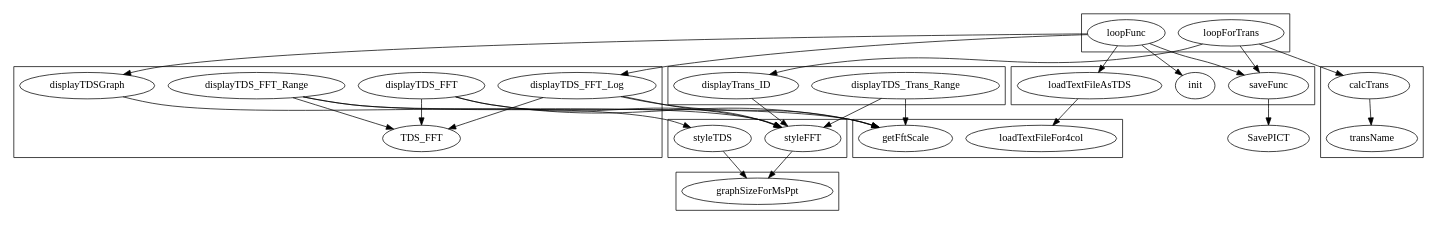
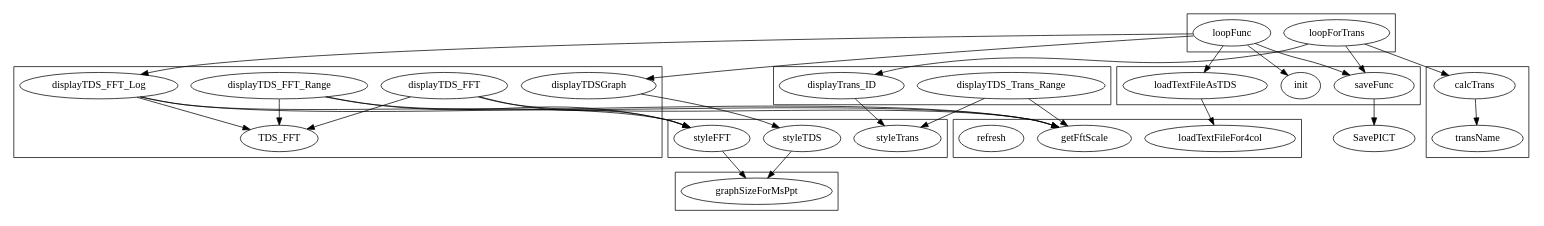
The diagram in doc/img/function_dependence.dot (KasHir/IGOR_functions), drawn with Graphviz before and after one commit. The commit also changed 1 other file, not shown here.

```diff
--- a/doc/img/function_dependence.dot
+++ b/doc/img/function_dependence.dot
@@ -1,172 +1,174 @@
 // function dependance
 
 digraph function{
 	//subgraph cluster_IgorStandardFunction{
 	/*	LoadWave
 		Rename
 		CheckName
 		DimSize
 		round
 		SavePICT
 		Display
 		SetScale
 		SetAxis
 		ModifyGraph
 		log
 		DelayUpdate
 		Make
 		FFT
 	*/
 	//}
 	///////////////////////////////////////
 	// loop Functions
 	///////////////////////////////////////
 	subgraph cluster_loop{
 		loopFunc
 		loopForTrans
 	}
 
 	loopFunc -> {
 		init
 		loadTextFileAsTDS
 		displayTDSGraph
 		saveFunc
 		displayTDS_FFT_Log
 	}
 
 	loopForTrans -> {
 		calcTrans
 		displayTrans_ID
 		saveFunc
 	}
 
 	///////////////////////////////////////
 	// Public Functions
 	///////////////////////////////////////
 	subgraph cluster_PublicFunctions{
 		saveFunc
 		init
 		loadTextFileAsTDS
 	}
 	subgraph cluster_displayFunctions{
 		// for Display
 		displayTDSGraph
 		displayTDS_FFT
 		displayTDS_FFT_Range
 		displayTDS_FFT_Log
 
 		TDS_FFT
 	}
 	subgraph cluster_displayTransFunctions{
 		displayTDS_Trans_Range
 		displayTrans_ID
 	}
 	subgraph cluster_tmp{
 		transName
 
 		calcTrans
 
 	}
 	saveFunc -> SavePICT
 	loadTextFileAsTDS -> {
 		loadTextFileFor4col
 		// init
 	}
 
 	// for display /////////////////////
 	displayTDSGraph -> {
 	//	Display
 		styleTDS
 	}
 	displayTDS_FFT -> {
 		TDS_FFT
 	//	Display
 		styleFFT
 		getFftScale
 	//	SetScale
 	}
 	displayTDS_FFT_Range -> {
 		TDS_FFT
 	//	Display
 		styleFFT
 		getFftScale
 	//	SetScale
 	//	SetAxis
 	}
 	displayTDS_FFT_Log -> {
 		TDS_FFT
 	//	Display
 		styleFFT
 		getFftScale
 	//	SetScale
 	//	SetAxis
 	//	ModifyGraph
 	//	log
 	//	DelayUpdate
 	}
 	///////////////////
 	TDS_FFT -> {
 	//	FFT
 	//	DelayUpdate
 	}
 
 	displayTDS_Trans_Range -> {
 	//	Display
-		styleFFT
+		styleTrans
 		getFftScale
 	//	SetScale
 	//	SetAxis
 	}
 
 	calcTrans -> {
 	//	DimSize
 	//	Make
 		transName
 	//	Rename
 	}
 
 	displayTrans_ID -> {
 	//	Display
-		styleFFT
+		styleTrans
 	//	SetScale
 	//	DimSize
 	//	SetAxis
 	}
 
 
 
 	///////////////////////////////////////
 	// Graph Style
 	///////////////////////////////////////
 	subgraph cluster_GraphStyle{
 		styleFFT
 		styleTDS
+		styleTrans
 	}
 
 	subgraph cluster_GraphStylePrivate{
 		graphSizeForMsPpt
 	}
 
 	styleFFT -> graphSizeForMsPpt
 	styleTDS -> graphSizeForMsPpt
 
 	///////////////////////////////////////
 	// General Functions
 	///////////////////////////////////////
 	subgraph cluster_GeneralFunctions{
 		loadTextFileFor4col
 		getFftScale
+		refresh
 	}
 
 	getFftScale -> {
 	//	DimSize
 	//	round
 	}
 	loadTextFileFor4col -> {
 	//	LoadWave
 	//	Rename
 	//	CheckName
 	}
 
 
 }
```
